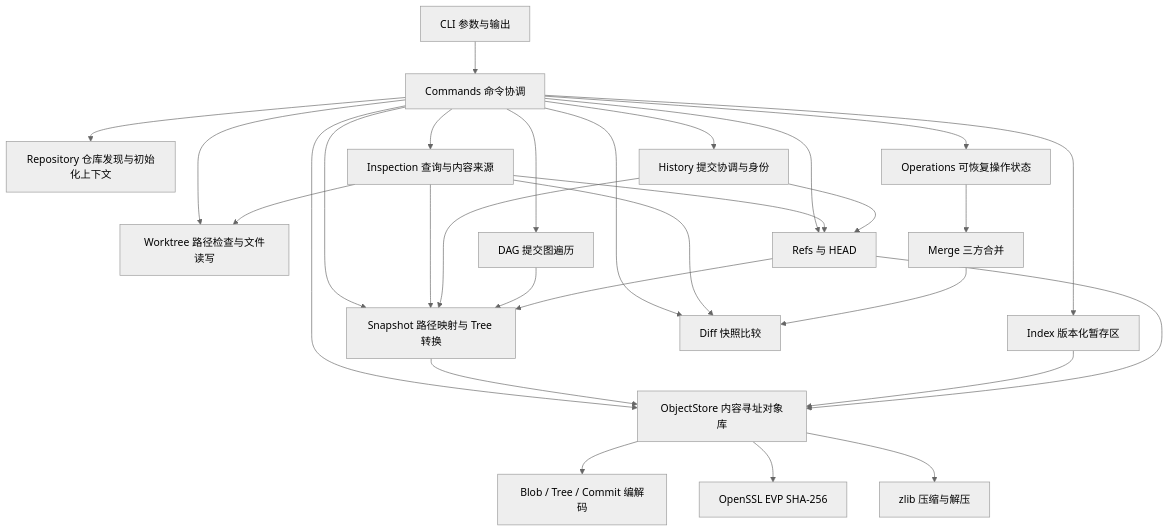
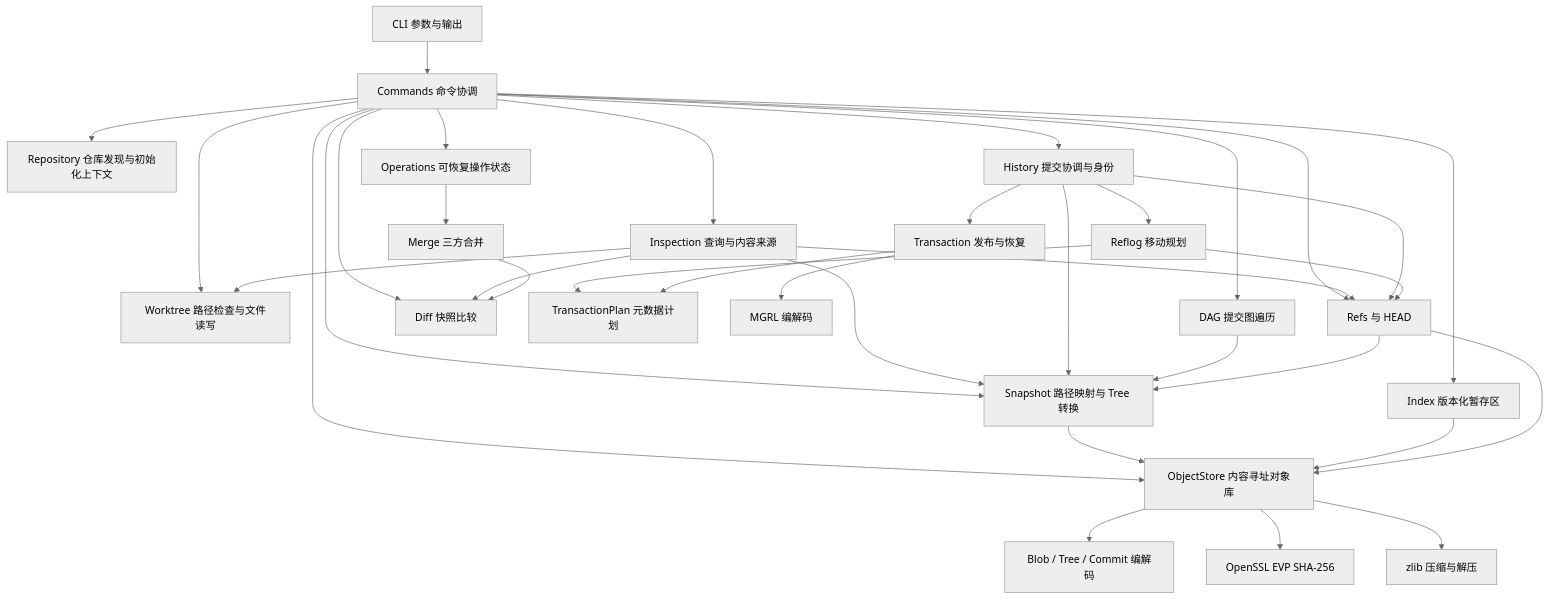
One commit to Always1010/MiniGit changed the first of 5 diagrams in docs/architecture.md. Above: the diagram before and after it, drawn with Mermaid (neutral theme). The commit also changed other lines of this file and 16 other files, not shown here.

````diff
--- a/docs/architecture.md
+++ b/docs/architecture.md
@@ -9,31 +9,37 @@
 ```mermaid
 flowchart TD
     CLI[CLI 参数与输出] --> Commands[Commands 命令协调]
     Commands --> Repo[Repository 仓库发现与初始化上下文]
     Commands --> Worktree[Worktree 路径检查与文件读写]
     Commands --> Index[Index 版本化暂存区]
     Commands --> Refs[Refs 与 HEAD]
     Commands --> History[History 提交协调与身份]
     Commands --> DAG[DAG 提交图遍历]
     Commands --> Snapshot[Snapshot 路径映射与 Tree 转换]
     Commands --> Diff[Diff 快照比较]
     Commands --> Inspection[Inspection 查询与内容来源]
     Inspection --> Diff
     Inspection --> Snapshot
     Inspection --> Refs
     Inspection --> Worktree
     Commands --> Operations[Operations 可恢复操作状态]
     Commands --> Objects[ObjectStore 内容寻址对象库]
     Operations --> Merge[Merge 三方合并]
     Merge --> Diff
     History --> Refs
     History --> Snapshot
+    History --> Reflog[Reflog 移动规划]
+    History --> Transaction[Transaction 发布与恢复]
+    Reflog --> Refs
+    Reflog --> Plan[TransactionPlan 元数据计划]
+    Transaction --> Plan
+    Transaction --> LogCodec[MGRL 编解码]
     DAG --> Snapshot
     Refs --> Snapshot
     Snapshot --> Objects
     Index --> Objects
     Refs --> Objects
     Objects --> Codec[Blob / Tree / Commit 编解码]
     Objects --> Hash[OpenSSL EVP SHA-256]
     Objects --> Compression[zlib 压缩与解压]
 ```
````
